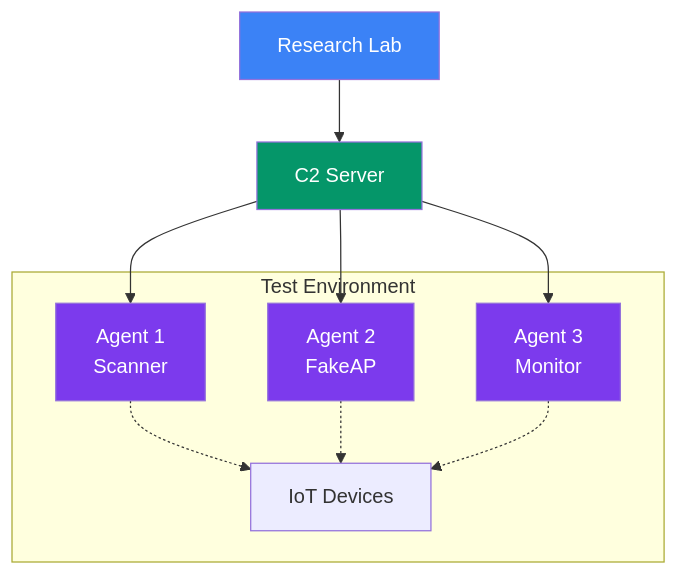
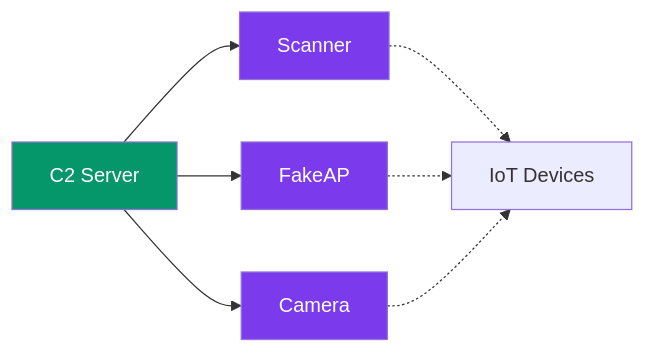
Before and after one commit to Espilon-Net/espilon-docs: the sixth of 7 diagrams in docs/getting-started/architecture.md, drawn with Mermaid. The commit also changed other lines of this file and 12 other files, not shown here.

````diff
--- a/docs/getting-started/architecture.md
+++ b/docs/getting-started/architecture.md
@@ -143,27 +215,14 @@
 ```mermaid
-graph TB
-    LAB[Research Lab]
-    C2[C2 Server]
-
-    subgraph "Test Environment"
-        ESP1[Agent 1<br/>Scanner]
-        ESP2[Agent 2<br/>FakeAP]
-        ESP3[Agent 3<br/>Monitor]
-        IOT[IoT Devices]
-    end
-
-    LAB --> C2
-    C2 --> ESP1
-    C2 --> ESP2
-    C2 --> ESP3
-
-    ESP1 -.-> IOT
+graph LR
+    C2[C2 Server] --> ESP1[Scanner]
+    C2 --> ESP2[FakeAP]
+    C2 --> ESP3[Camera]
+    ESP1 -.-> IOT[IoT Devices]
     ESP2 -.-> IOT
     ESP3 -.-> IOT
 
-    style LAB fill:#3b82f6,color:#fff
     style C2 fill:#059669,color:#fff
     style ESP1 fill:#7c3aed,color:#fff
     style ESP2 fill:#7c3aed,color:#fff
     style ESP3 fill:#7c3aed,color:#fff
 ```
````
